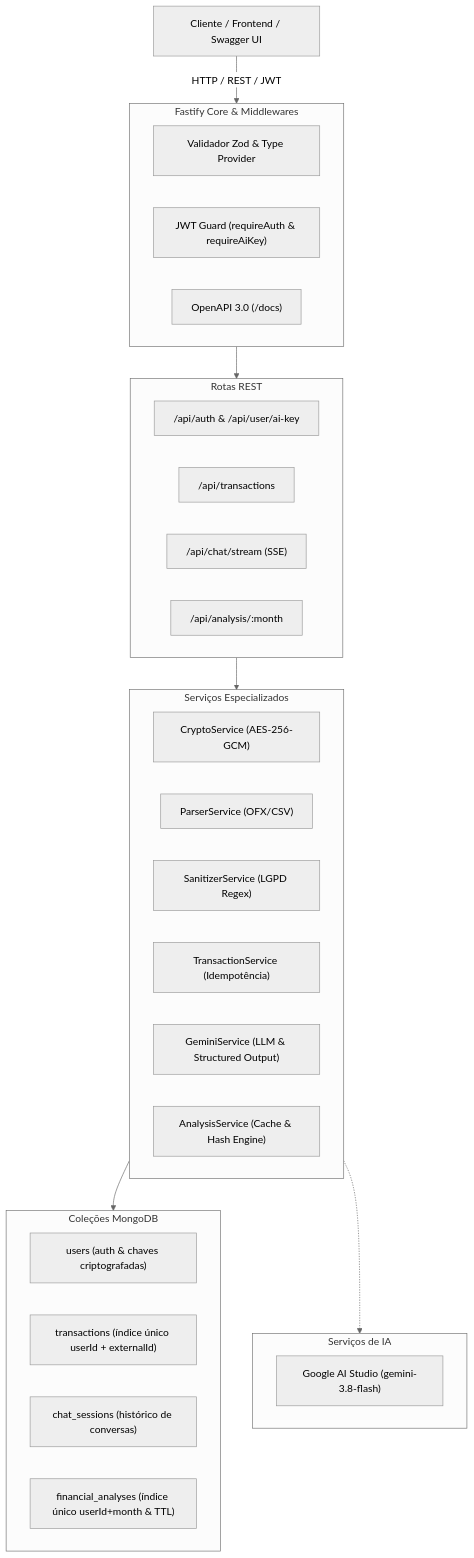
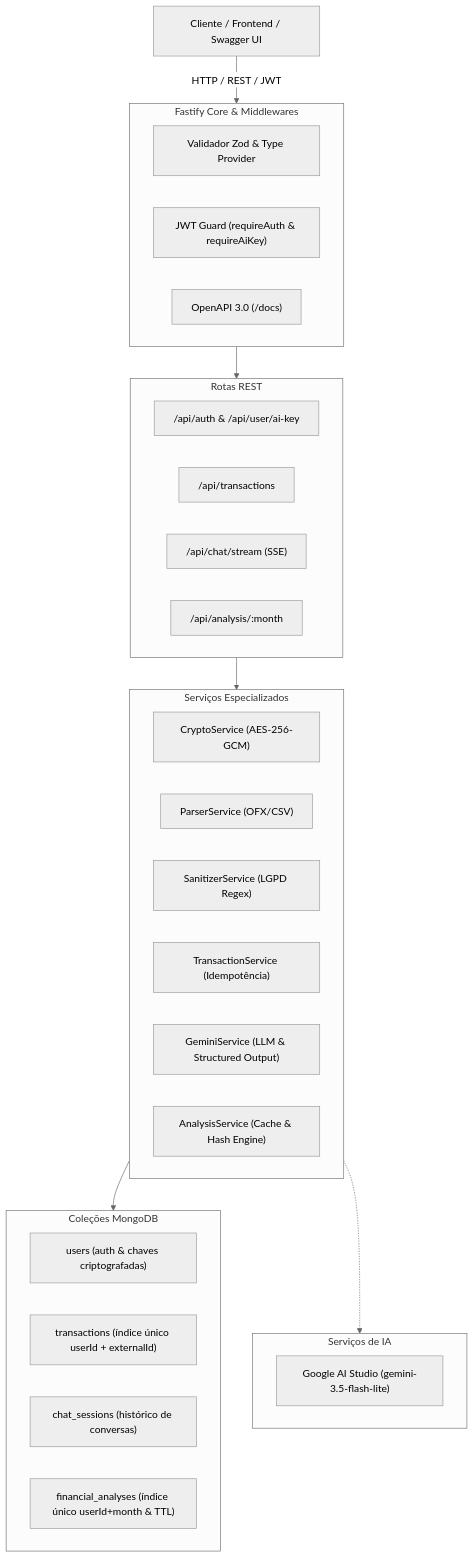
Before and after one commit to Projeto-TCC-Dash/projeto-backend-dashboard: the first of 4 diagrams in README.md, drawn with Mermaid (neutral theme). The commit also changed other lines of this file, not shown here.

Commit message:
docs(readme): align default Gemini model with gemini-3.5-flash-lite

````diff
--- a/README.md
+++ b/README.md
@@ -66,45 +66,45 @@
 ```mermaid
 flowchart TD
     Client["Cliente / Frontend / Swagger UI"] -->|HTTP / REST / JWT| FastifyApp["Fastify HTTP Server (:3000)"]
 
     subgraph FastifyApp["Fastify Core & Middlewares"]
         ZodValidator["Validador Zod & Type Provider"]
         AuthMiddleware["JWT Guard (requireAuth & requireAiKey)"]
         SwaggerModule["OpenAPI 3.0 (/docs)"]
     end
 
     FastifyApp --> Router["Camada de Rotas"]
 
     subgraph Router["Rotas REST"]
         R_Auth["/api/auth & /api/user/ai-key"]
         R_Tx["/api/transactions"]
         R_Chat["/api/chat/stream (SSE)"]
         R_Analysis["/api/analysis/:month"]
     end
 
     Router --> Services["Camada de Serviços de Domínio"]
 
     subgraph Services["Serviços Especializados"]
         CryptoSvc["CryptoService (AES-256-GCM)"]
         ParserSvc["ParserService (OFX/CSV)"]
         SanitizerSvc["SanitizerService (LGPD Regex)"]
         TxSvc["TransactionService (Idempotência)"]
         GeminiSvc["GeminiService (LLM & Structured Output)"]
         AnalysisSvc["AnalysisService (Cache & Hash Engine)"]
     end
 
     Services --> DataLayer[("MongoDB 7.0")]
 
     subgraph DataLayer["Coleções MongoDB"]
         Coll_Users["users (auth & chaves criptografadas)"]
         Coll_Tx["transactions (índice único userId + externalId)"]
         Coll_Chat["chat_sessions (histórico de conversas)"]
         Coll_Analysis["financial_analyses (índice único userId+month & TTL)"]
     end
 
     Services -.-> ExternalAPIs["APIs Externas"]
 
     subgraph ExternalAPIs["Serviços de IA"]
-        GoogleGemini["Google AI Studio (gemini-3.8-flash)"]
+        GoogleGemini["Google AI Studio (gemini-3.5-flash-lite)"]
     end
 ```
````
